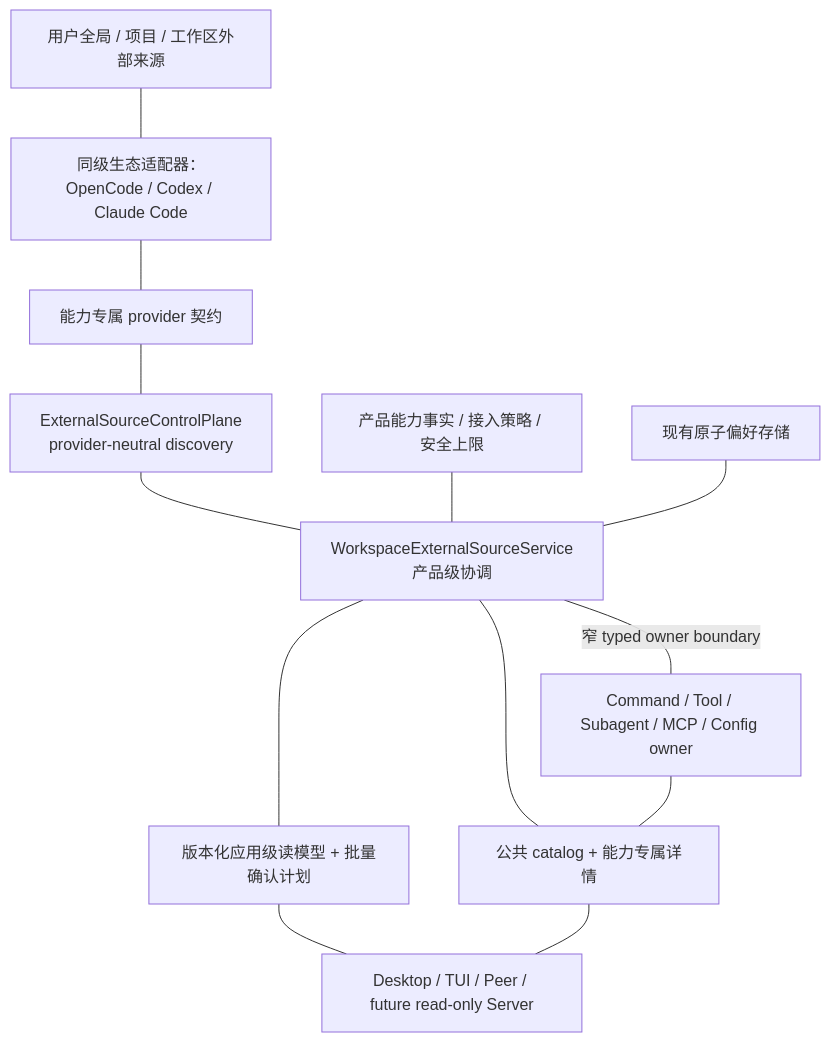
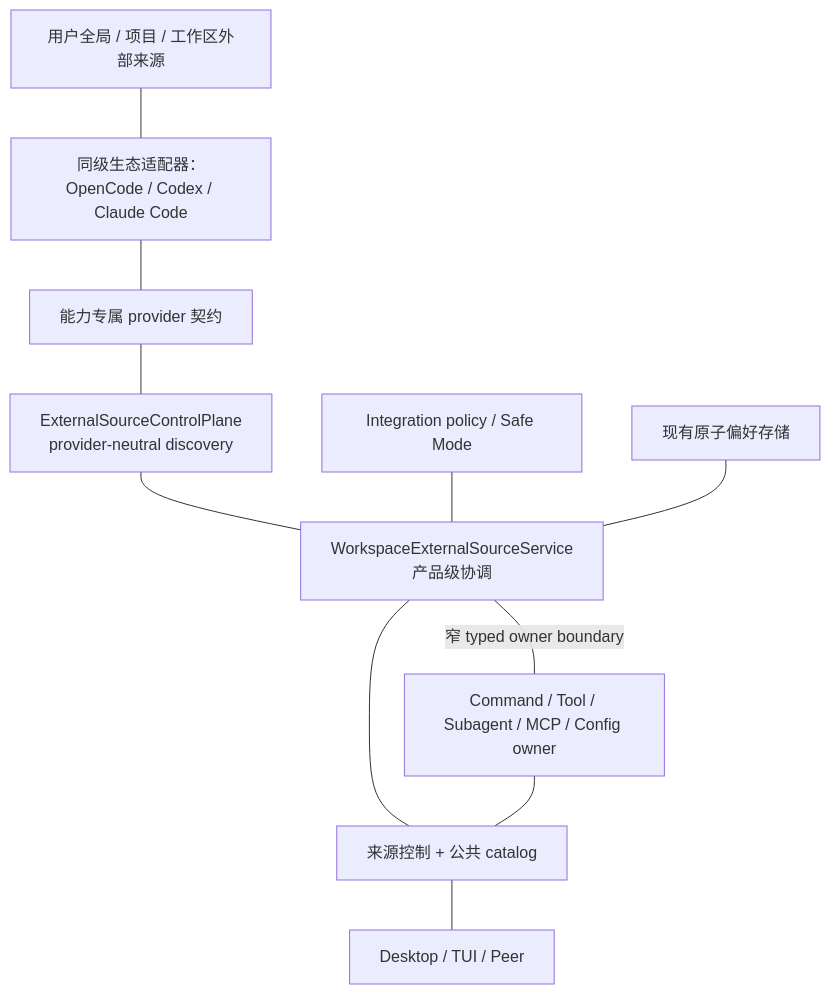
The first of 3 diagrams in docs/architecture/extensions/external-ai-work-sources-design.md (1688mengdie/BitFun), drawn with Mermaid before and after one commit. The commit also changed other lines of this file and 47 other files, not shown here.

````diff
--- a/docs/architecture/extensions/external-ai-work-sources-design.md
+++ b/docs/architecture/extensions/external-ai-work-sources-design.md
@@ -459,27 +458,24 @@
 ```mermaid
 flowchart TB
   Sources["用户全局 / 项目 / 工作区外部来源"]
   Adapters["同级生态适配器：OpenCode / Codex / Claude Code"]
   Ports["能力专属 provider 契约"]
   Discovery["ExternalSourceControlPlane\nprovider-neutral discovery"]
   ProductCoordinator["WorkspaceExternalSourceService\n产品级协调"]
-  Policy["产品能力事实 / 接入策略 / 安全上限"]
+  Policy["Integration policy / Safe Mode"]
   Store["现有原子偏好存储"]
-  AppView["版本化应用级读模型 + 批量确认计划"]
-  Catalog["公共 catalog + 能力专属详情"]
+  Catalog["来源控制 + 公共 catalog"]
   Owners["Command / Tool / Subagent / MCP / Config owner"]
-  Surfaces["Desktop / TUI / Peer / future read-only Server"]
+  Surfaces["Desktop / TUI / Peer"]
 
   Sources --- Adapters
   Adapters --- Ports
   Ports --- Discovery
   Discovery --- ProductCoordinator
   Policy --- ProductCoordinator
   Store --- ProductCoordinator
-  ProductCoordinator --- AppView
   ProductCoordinator --- Catalog
   ProductCoordinator ---|窄 typed owner boundary| Owners
   Owners --- Catalog
-  AppView --- Surfaces
   Catalog --- Surfaces
 ```
````
